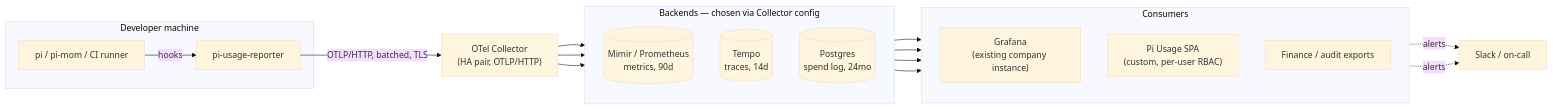
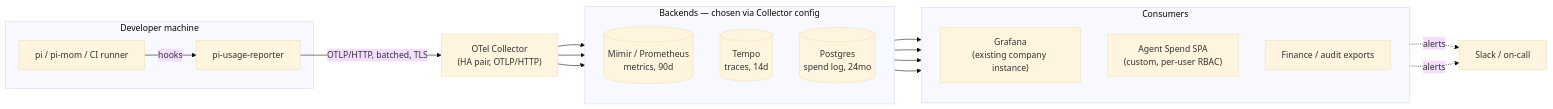
One commit to vilosource/pi-extensions changed the first of 7 diagrams in docs/strategy/dashboard-backend-STRATEGY.md. Above: the diagram before and after it, drawn with Mermaid (base theme). The commit also changed other lines of this file and 7 other files, not shown here.

````diff
--- a/docs/strategy/dashboard-backend-STRATEGY.md
+++ b/docs/strategy/dashboard-backend-STRATEGY.md
@@ -27,37 +27,37 @@
 ```mermaid
 flowchart LR
   subgraph dev["Developer machine"]
     pi["pi / pi-mom / CI runner"]
     ext["pi-usage-reporter"]
     pi -->|hooks| ext
   end
 
-  col["OTel Collector\n(HA pair, OTLP/HTTP)"]
+  col["OTel Collector<br/>(HA pair, OTLP/HTTP)"]
   ext -->|OTLP/HTTP, batched, TLS| col
 
   subgraph backends["Backends — chosen via Collector config"]
     direction TB
-    mimir[("Mimir / Prometheus\nmetrics, 90d")]
-    tempo[("Tempo\ntraces, 14d")]
-    pg[("Postgres\nspend log, 24mo")]
+    mimir[("Mimir / Prometheus<br/>metrics, 90d")]
+    tempo[("Tempo<br/>traces, 14d")]
+    pg[("Postgres<br/>spend log, 24mo")]
   end
 
   col --> mimir
   col --> tempo
   col --> pg
 
   subgraph consumers["Consumers"]
     direction TB
-    graf["Grafana\n(existing company instance)"]
-    spa["Pi Usage SPA\n(custom, per-user RBAC)"]
+    graf["Grafana<br/>(existing company instance)"]
+    spa["Agent Spend SPA<br/>(custom, per-user RBAC)"]
     finance["Finance / audit exports"]
   end
 
   mimir --> graf
   tempo --> graf
   pg --> spa
   pg --> finance
 
   graf -.->|alerts| slack["Slack / on-call"]
   spa  -.->|alerts| slack
 ```
````
